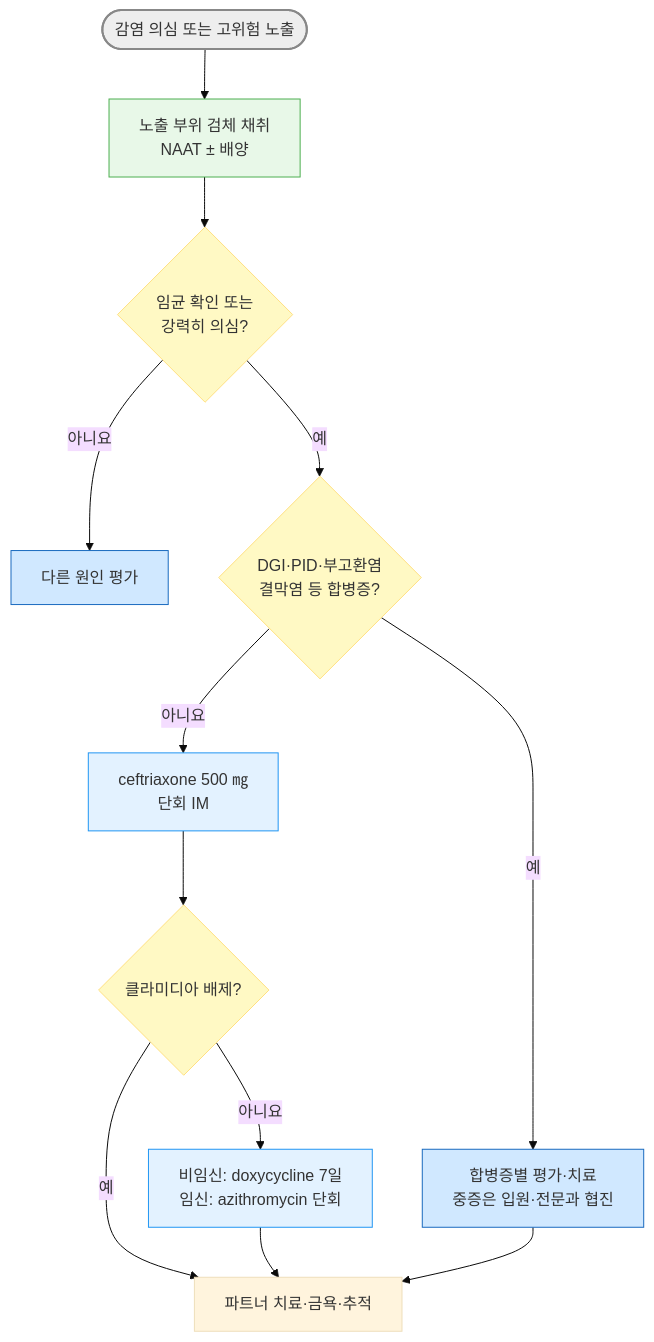
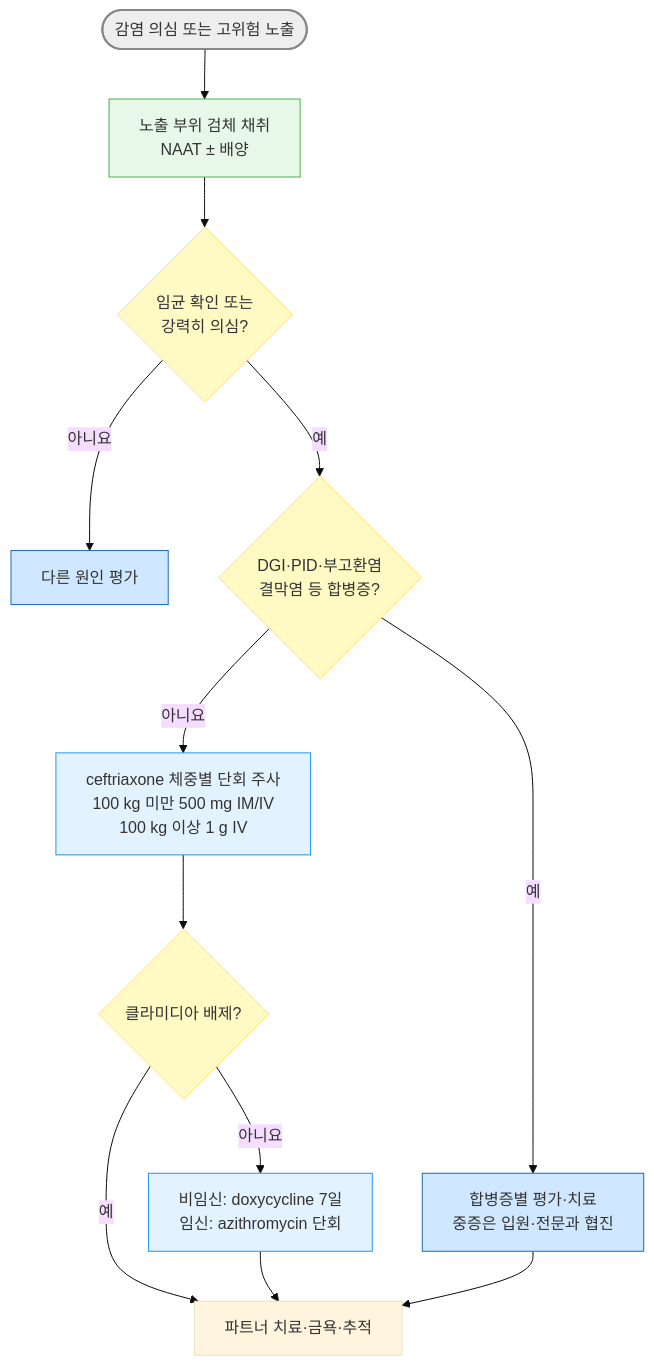
One commit to familyoh77/familyoh77 changed the diagram in 227_/115_-2.gonorrhea.md. Above: the diagram before and after it, drawn with Mermaid (base theme). The commit also changed other lines of this file and 4 other files, not shown here.

````diff
--- a/227_/115_-2.gonorrhea.md
+++ b/227_/115_-2.gonorrhea.md
@@ -105,23 +105,23 @@
 ```mermaid
 graph TD
     A([감염 의심 또는 고위험 노출]) --> B[노출 부위 검체 채취<br>NAAT ± 배양]
     B --> C{임균 확인 또는<br>강력히 의심?}
     C -- 아니요 --> D[다른 원인 평가]
     C -- 예 --> E{DGI·PID·부고환염<br>결막염 등 합병증?}
     E -- 예 --> G[합병증별 평가·치료<br>중증은 입원·전문과 협진]
-    E -- 아니요 --> F[ceftriaxone 500 ㎎<br>단회 IM]
+    E -- 아니요 --> F[ceftriaxone 체중별 단회 주사<br>100 kg 미만 500 mg IM/IV<br>100 kg 이상 1 g IV]
     F --> H{클라미디아 배제?}
     H -- 아니요 --> I[비임신: doxycycline 7일<br>임신: azithromycin 단회]
     H -- 예 --> J[파트너 치료·금욕·추적]
     I --> J
     G --> J
 
 style A fill:#eeeeee,stroke:#888888,stroke-width:2px
 classDef yellow fill:#fff9c4,stroke:#ffe082
 class C,E,H yellow
 style B fill:#e8f8e8,stroke:#4caf50
 classDef blue fill:#d0e8ff,stroke:#1a6abf
 class D,G blue
 classDef sky fill:#e3f2ff,stroke:#2196f3
 class I,F sky
 ```
````
